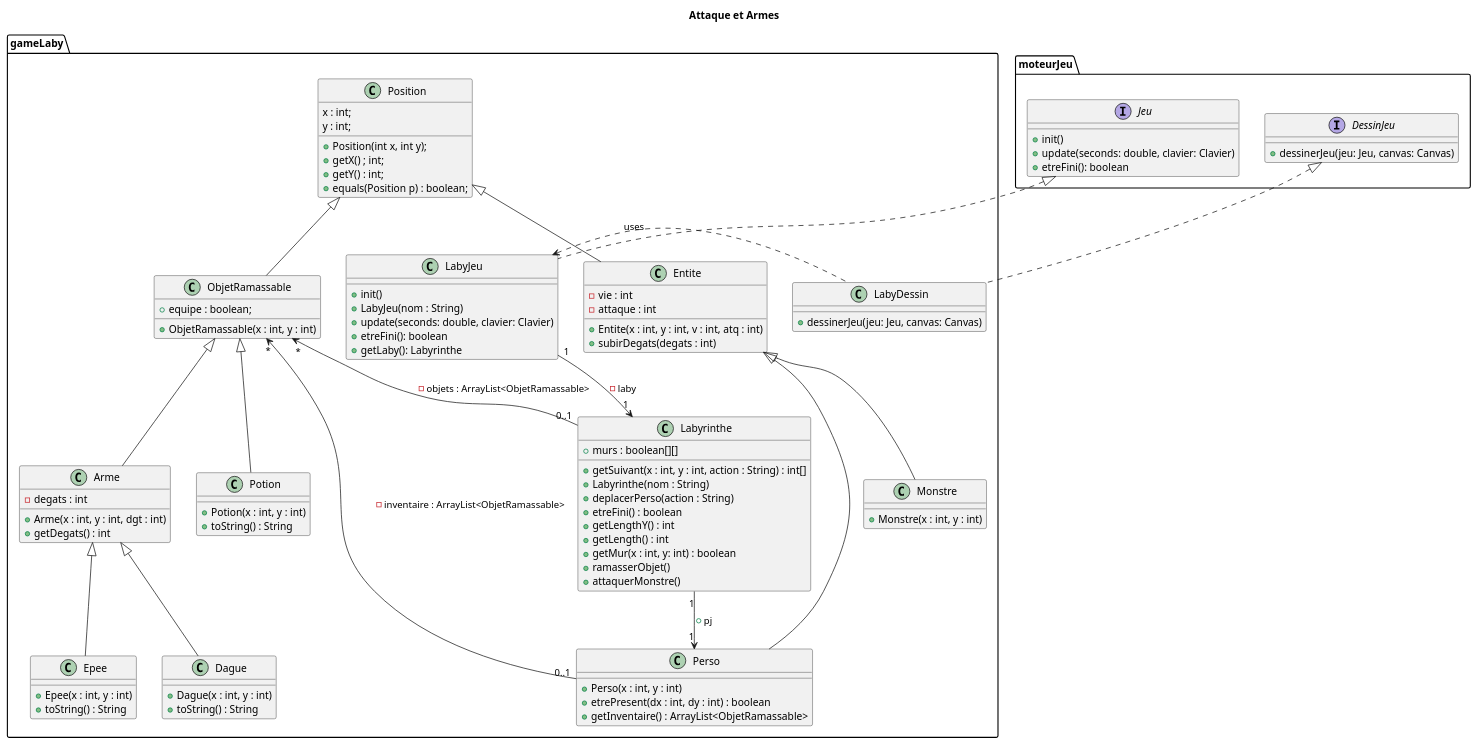
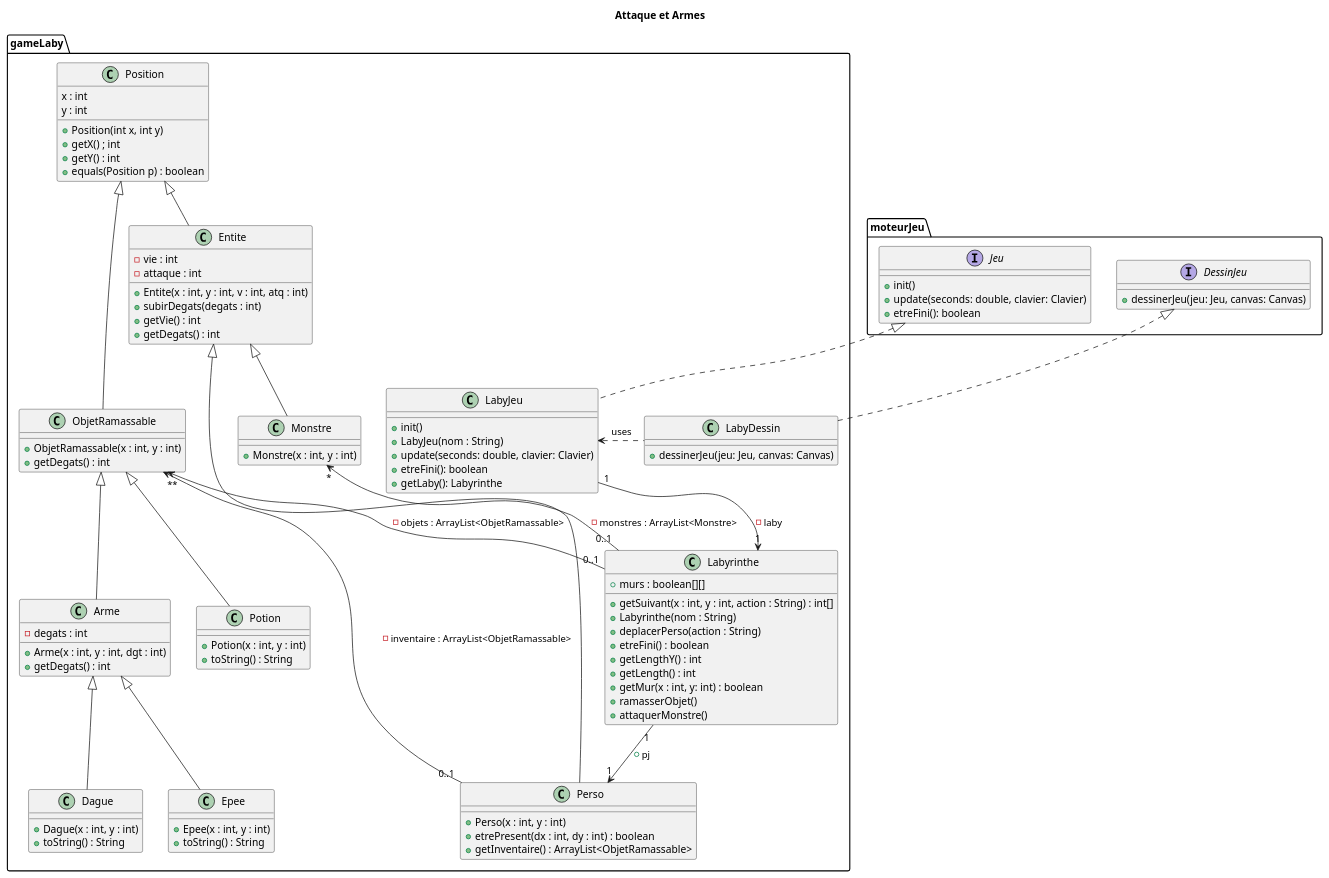
Before and after one commit to OoNeal/2022_zeldiablo_rionde8u_povoas1u_melchior25u_arnaud35u: the diagram in documents/version_4/DiagClasse_Armes_Attaque.puml, drawn with PlantUML.

Commit message:
Modification du diagramme de classe v4

```diff
--- a/documents/version_4/DiagClasse_Armes_Attaque.puml
+++ b/documents/version_4/DiagClasse_Armes_Attaque.puml
@@ -1,125 +1,128 @@
 @startuml
 title Attaque et Armes
 
 '''classe'''
 
 
 package moteurJeu {
 
 interface Jeu{
 + init()
 + update(seconds: double, clavier: Clavier)
 + etreFini(): boolean
 }
 
 
 interface DessinJeu {
 + dessinerJeu(jeu: Jeu, canvas: Canvas)
 }
 }
 
 
 package gameLaby {
 
 
 class Labyrinthe{
   + murs : boolean[][]
   + getSuivant(x : int, y : int, action : String) : int[]
   + Labyrinthe(nom : String)
   + deplacerPerso(action : String)
   + etreFini() : boolean
   + getLengthY() : int
   + getLength() : int
   + getMur(x : int, y: int) : boolean
   + ramasserObjet()
   + attaquerMonstre()
 }
 
 
 class ObjetRamassable {
-    + equipe : boolean;
     + ObjetRamassable(x : int, y : int)
+    + getDegats() : int
 }
 
 class Potion{
     + Potion(x : int, y : int)
     + toString() : String
 }
 
 class Arme {
     - degats : int
     + Arme(x : int, y : int, dgt : int)
     + getDegats() : int
 }
 
 class Dague {
     + Dague(x : int, y : int)
     + toString() : String
 }
 
 class Epee{
     + Epee(x : int, y : int)
     + toString() : String
 }
 
 class Position {
-    x : int;
-    y : int;
-    + Position(int x, int y);
-    + getX() ; int;
-    + getY() : int;
-    + equals(Position p) : boolean;
+    x : int
+    y : int
+    + Position(int x, int y)
+    + getX() ; int
+    + getY() : int
+    + equals(Position p) : boolean
 }
 
 class Perso {
   + Perso(x : int, y : int)
   + etrePresent(dx : int, dy : int) : boolean
   + getInventaire() : ArrayList<ObjetRamassable>
 }
 
 class Entite {
     - vie : int
     - attaque : int
     + Entite(x : int, y : int, v : int, atq : int)
     + subirDegats(degats : int)
+    + getVie() : int
+    + getDegats() : int
 }
 
 class Monstre {
   + Monstre(x : int, y : int)
 }
 
 class LabyJeu{
 + init()
 + LabyJeu(nom : String)
 + update(seconds: double, clavier: Clavier)
 + etreFini(): boolean
 + getLaby(): Labyrinthe
 }
 
 class LabyDessin{
 + dessinerJeu(jeu: Jeu, canvas: Canvas)
 }
 }
 
 
 LabyJeu "1" --> "1" Labyrinthe : -laby
 DessinJeu <|.. LabyDessin
 Jeu <|.. LabyJeu
 Labyrinthe "1" --> "1" Perso: + pj
 LabyJeu <. LabyDessin:uses
 
+
 ObjetRamassable "*" <-- "0..1" Perso: -inventaire : ArrayList<ObjetRamassable>
 ObjetRamassable "*" <-- "0..1" Labyrinthe: -objets : ArrayList<ObjetRamassable>
 ObjetRamassable  <|-- "Potion"
 ObjetRamassable  <|-- "Arme"
 Arme <|-- "Epee"
 Arme <|-- "Dague"
-
+Monstre "*" <-- "0..1" Labyrinthe: -monstres : ArrayList<Monstre>
 Position <|--  ObjetRamassable
 Position <|-- Entite
 Entite <|-- Monstre
 Entite <|-- Perso
 
 
 
 @enduml
```
